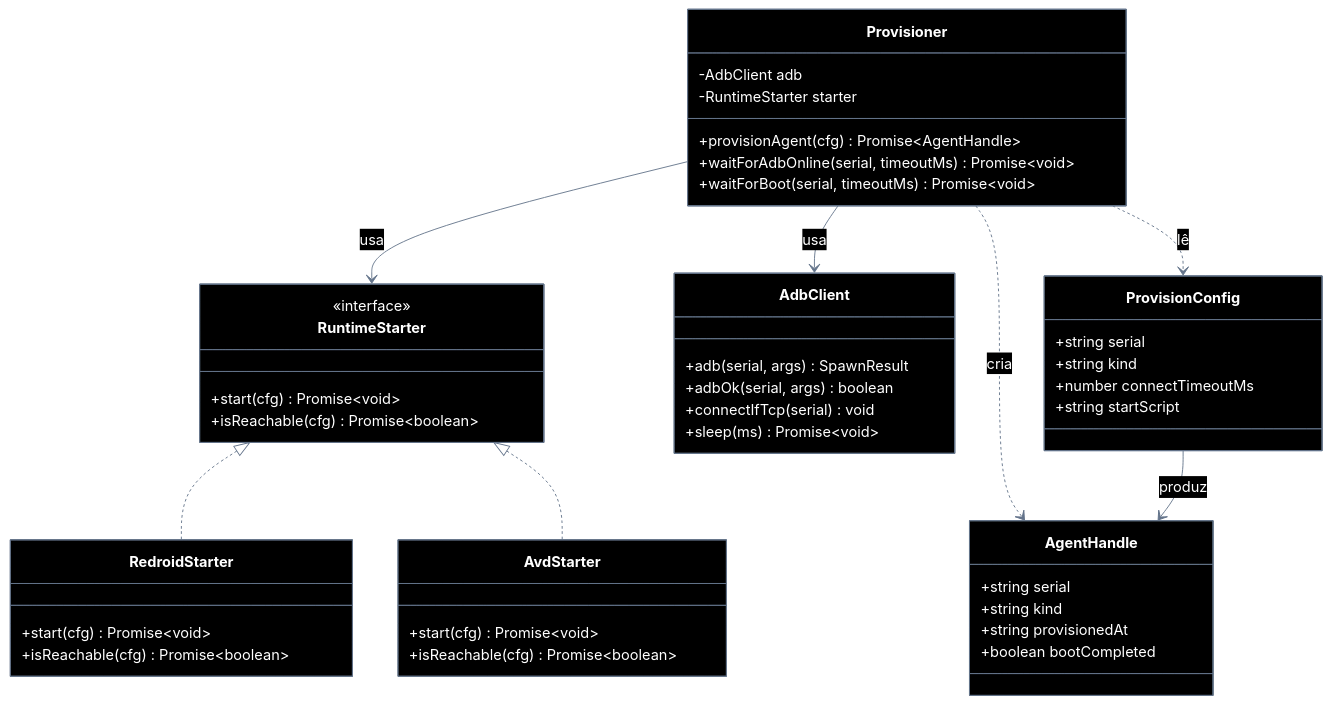
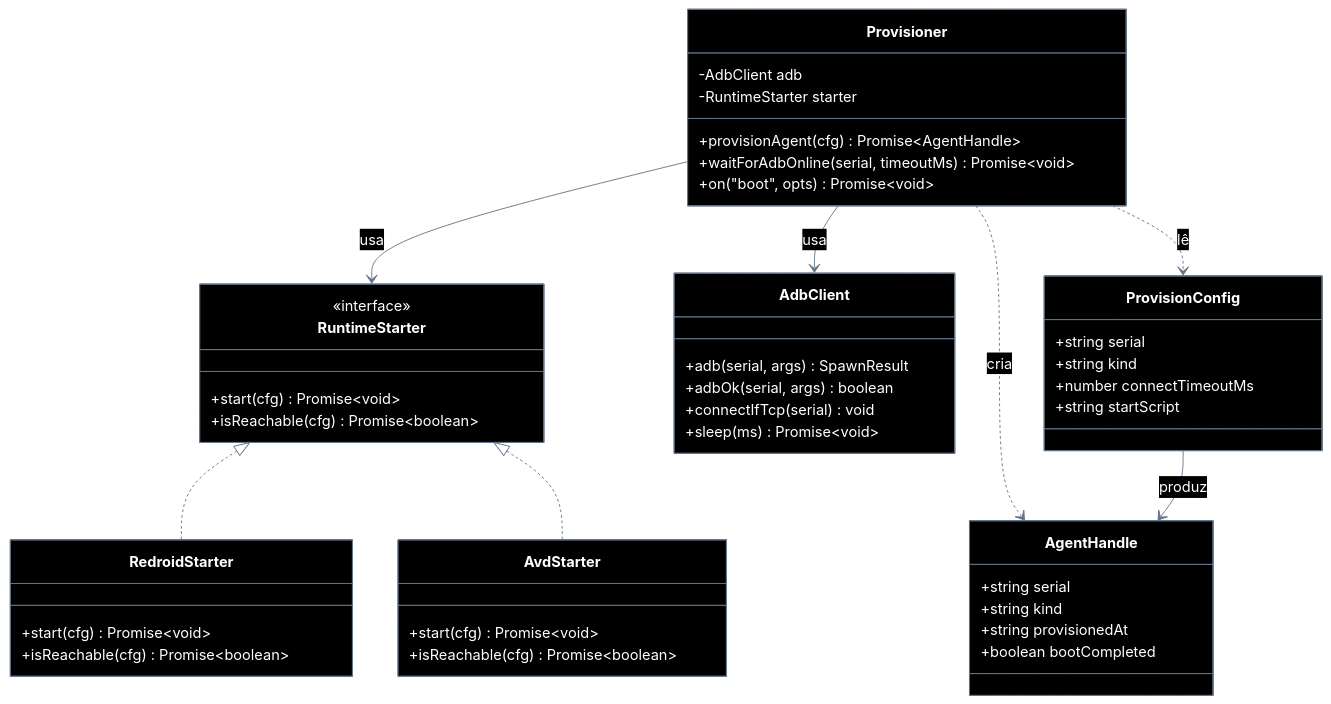
The second of 2 diagrams in connectmax/screen-robot/implementation-plan/EP-01-provisionar-agente.md (laerciogermano/workstation), drawn with Mermaid before and after one commit. The commit also changed other lines of this file and 2 other files, not shown here.

Commit message:
Troca waitFor* por on(evento) nos planos de eventos de UI.

```diff
--- a/connectmax/screen-robot/implementation-plan/EP-01-provisionar-agente.md
+++ b/connectmax/screen-robot/implementation-plan/EP-01-provisionar-agente.md
@@ -296,7 +296,7 @@
     -RuntimeStarter starter
     +provisionAgent(cfg) Promise~AgentHandle~
     +waitForAdbOnline(serial, timeoutMs) Promise~void~
-    +waitForBoot(serial, timeoutMs) Promise~void~
+    +on("boot", opts) Promise~void~
   }
 
   Provisioner --> AdbClient : usa
```
